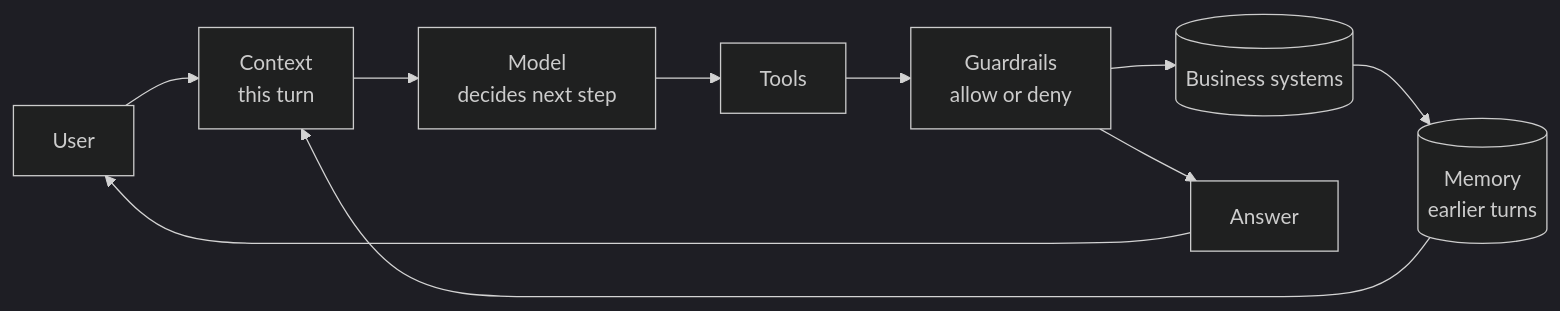
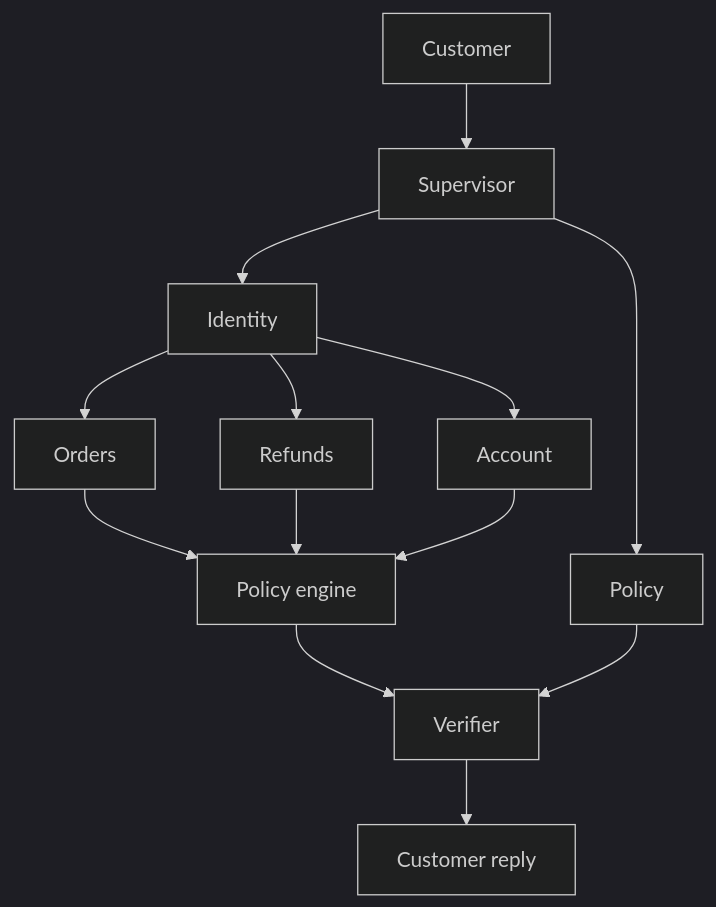
The diagram in notes.md (bobpmprojects/agentdesk-ai), drawn with Mermaid (dark theme) before and after one commit. The commit also changed other lines of this file and 2 other files, not shown here.

````diff
--- a/notes.md
+++ b/notes.md
@@ -53,12 +121,15 @@
 ```mermaid
-flowchart LR
-    User[User] --> Context[Context<br/>this turn]
-    Memory[(Memory<br/>earlier turns)] --> Context
-    Context --> Model[Model<br/>decides next step]
-    Model --> Tools[Tools]
-    Tools --> Guardrails[Guardrails<br/>allow or deny]
-    Guardrails --> Systems[(Business systems)]
-    Systems --> Memory
-    Guardrails --> Answer[Answer]
-    Answer --> User
+flowchart TB
+    C[Customer] --> S[Supervisor]
+    S --> I[Identity]
+    S --> P[Policy]
+    I --> O[Orders]
+    I --> R[Refunds]
+    I --> A[Account]
+    O --> E[Policy engine]
+    R --> E
+    A --> E
+    E --> V[Verifier]
+    P --> V
+    V --> Reply[Customer reply]
 ```
````
